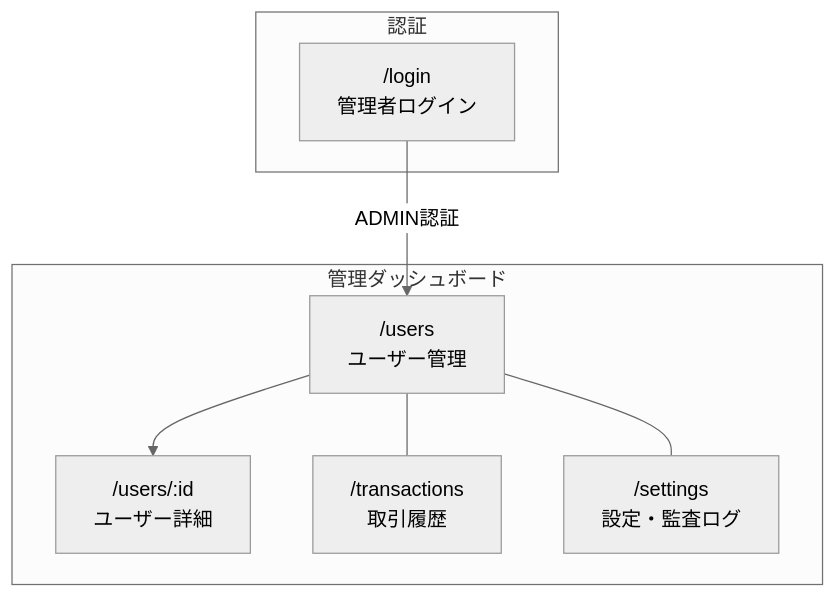
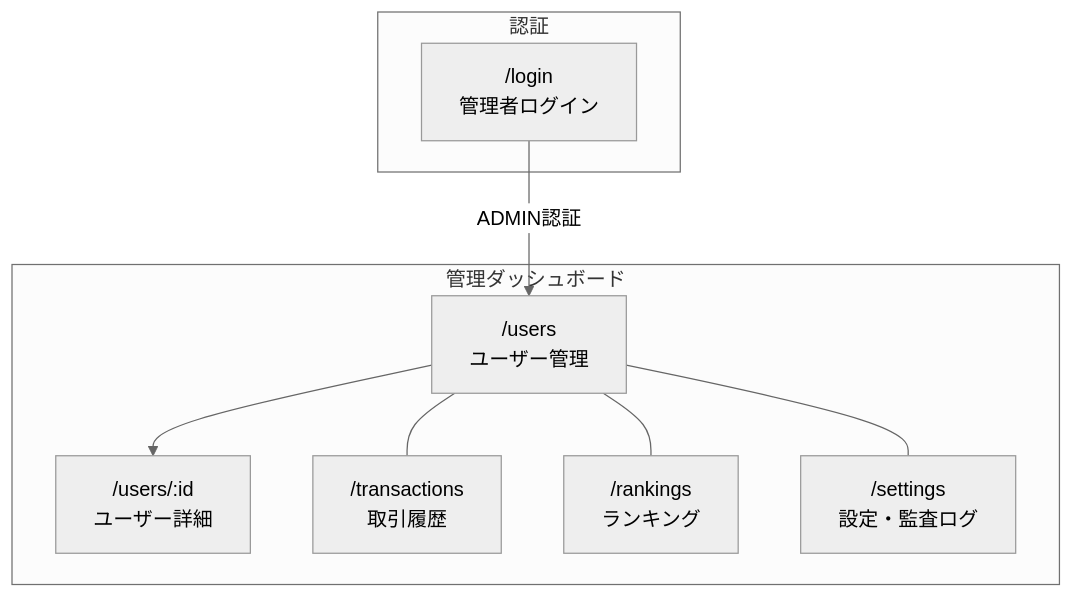
One commit to serkenn/kabu-trade changed the sixth of 6 diagrams in README.md. Above: the diagram before and after it, drawn with Mermaid (neutral theme). The commit also changed other lines of this file and 2 other files, not shown here.

````diff
--- a/README.md
+++ b/README.md
@@ -434,18 +452,20 @@
 ```mermaid
 graph TD
     subgraph 認証
         ALOGIN["/login<br/>管理者ログイン"]
     end
 
     subgraph 管理ダッシュボード
         USERS["/users<br/>ユーザー管理"]
         UDETAIL["/users/:id<br/>ユーザー詳細"]
         TRANS["/transactions<br/>取引履歴"]
+        ARANKING["/rankings<br/>ランキング"]
         SETTINGS["/settings<br/>設定・監査ログ"]
     end
 
     ALOGIN -->|ADMIN認証| USERS
     USERS --> UDETAIL
     USERS --- TRANS
+    USERS --- ARANKING
     USERS --- SETTINGS
 ```
````
